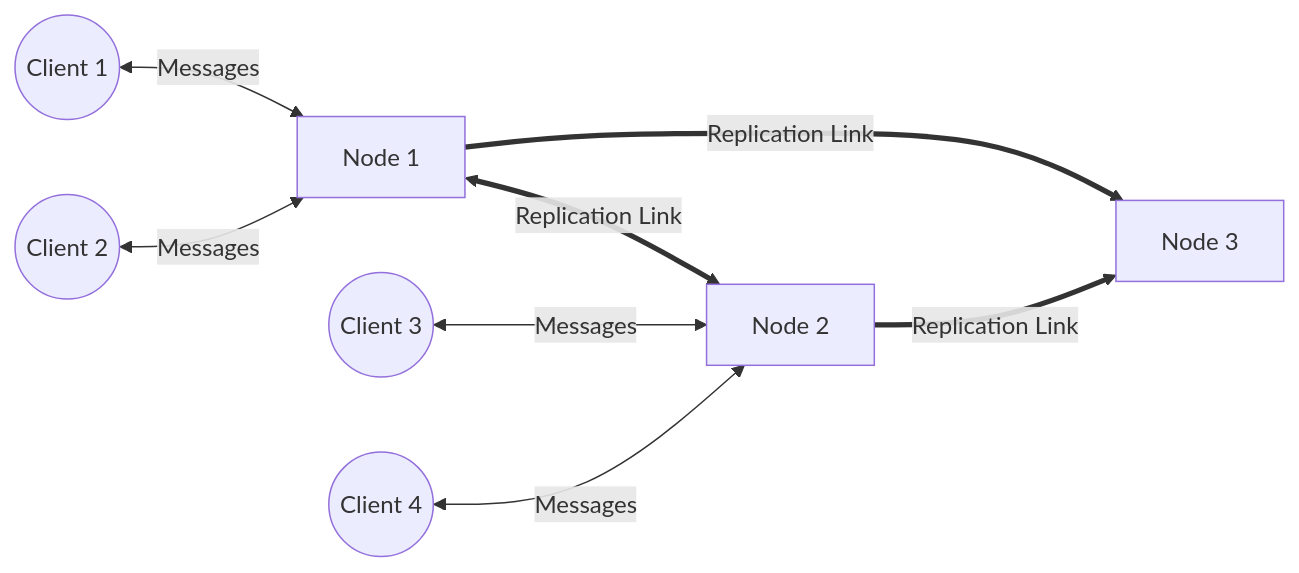
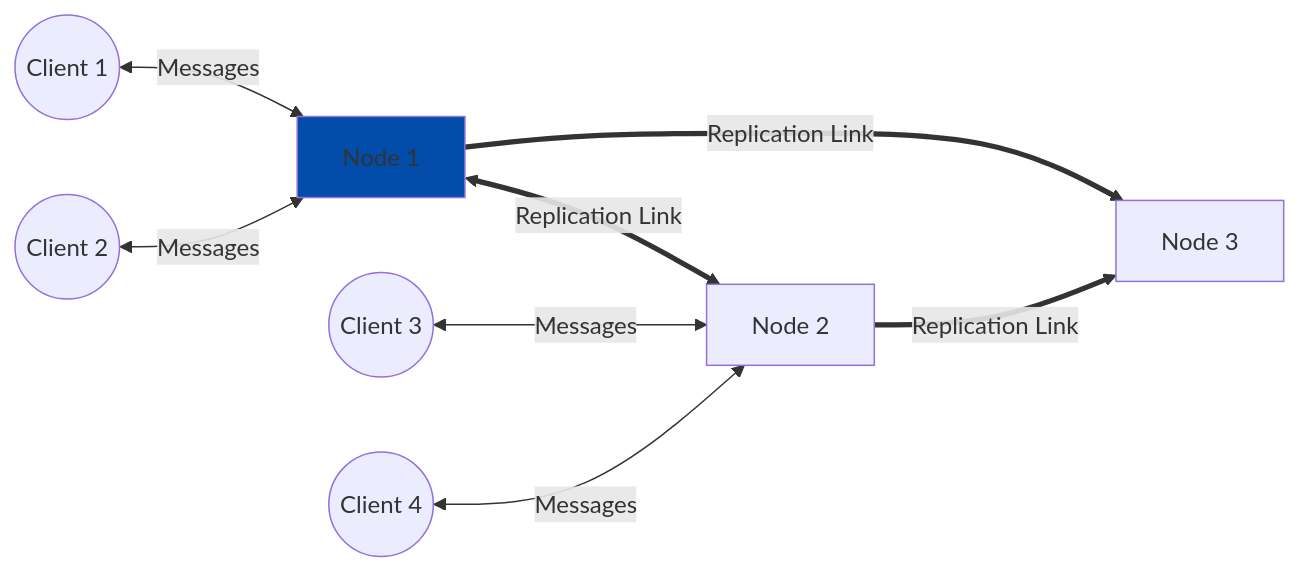
One commit to niklas-enns/message-broker changed the first of 2 diagrams in README.md. Above: the diagram before and after it, drawn with Mermaid.

Commit message:
reformat table

````diff
--- a/README.md
+++ b/README.md
@@ -11,14 +11,14 @@
 ```mermaid
 graph LR;
     N1[Node 1]<==>|Replication Link|N2[Node 2]
     N1[Node 1]==>|Replication Link|N3[Node 3]
     N2==>|Replication Link|N3
     C1((Client 1))<-->|Messages|N1;
     C2((Client 2))<-->|Messages|N1;
     C3((Client 3))<-->|Messages|N2;
     C4((Client 4))<-->|Messages|N2;
     N3[Node 3]
     
-    classDef green fill:024CAA;
+    classDef green fill:#024CAA;
     class N1 green
 ```
````
